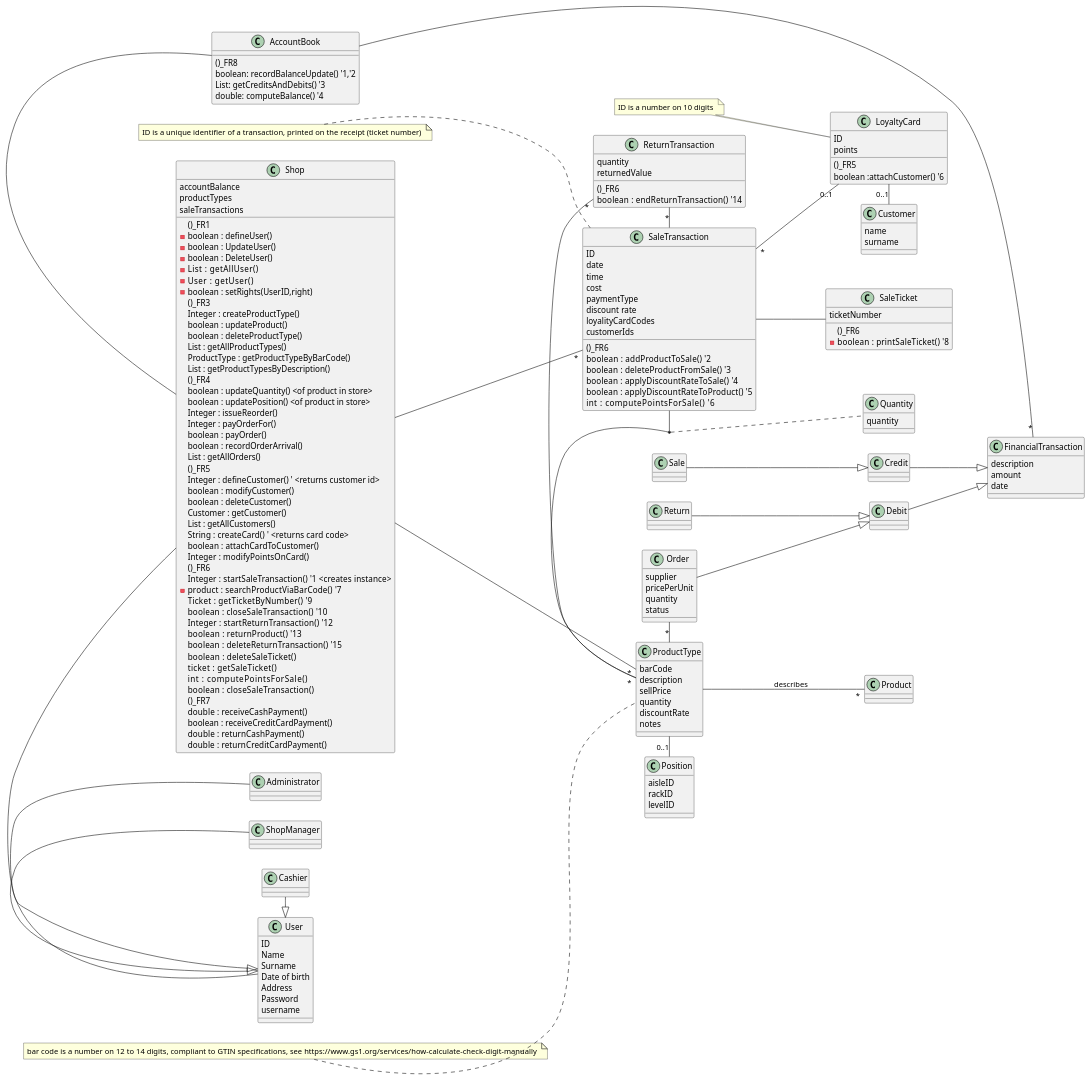
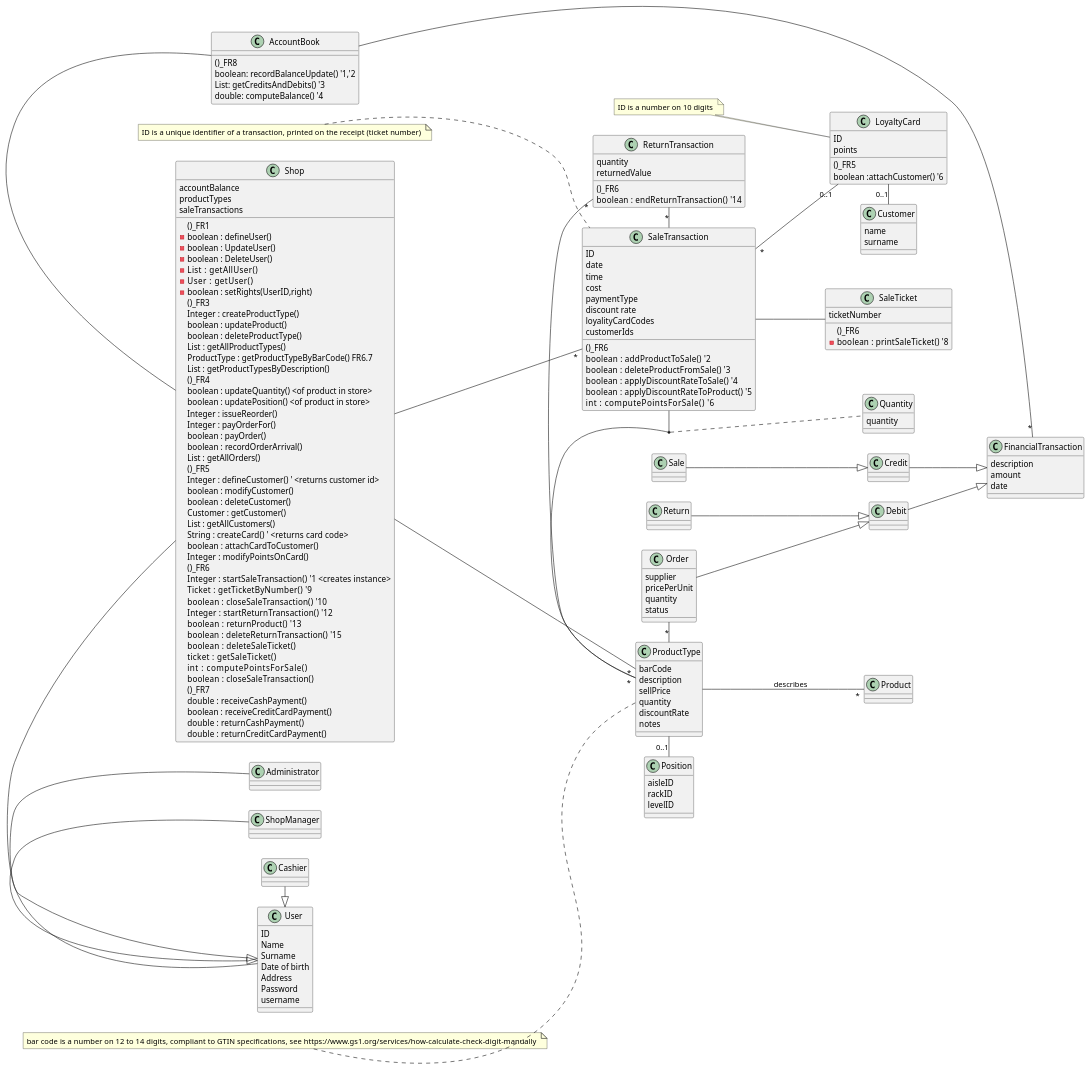
The second of 5 diagrams in Deliverables/DesignDocument.md (zitabou/EZShop), drawn with PlantUML before and after one commit. The commit also changed other lines of this file, not shown here.

Commit message:
add sequence diagrams

```diff
--- a/Deliverables/DesignDocument.md
+++ b/Deliverables/DesignDocument.md
@@ -65,7 +65,7 @@
     boolean : updateProduct()
     boolean : deleteProductType()
     List : getAllProductTypes()
-    ProductType : getProductTypeByBarCode()
+    ProductType : getProductTypeByBarCode() FR6.7
     List : getProductTypesByDescription()
     ()_FR4
     boolean : updateQuantity() <of product in store>
@@ -86,7 +86,6 @@
     Integer  : modifyPointsOnCard()
     ()_FR6
     Integer   : startSaleTransaction() '1 <creates instance>
-    -product   : searchProductViaBarCode() '7
     Ticket    : getTicketByNumber() '9
     boolean   : closeSaleTransaction() '10
     Integer   : startReturnTransaction() '12
```
